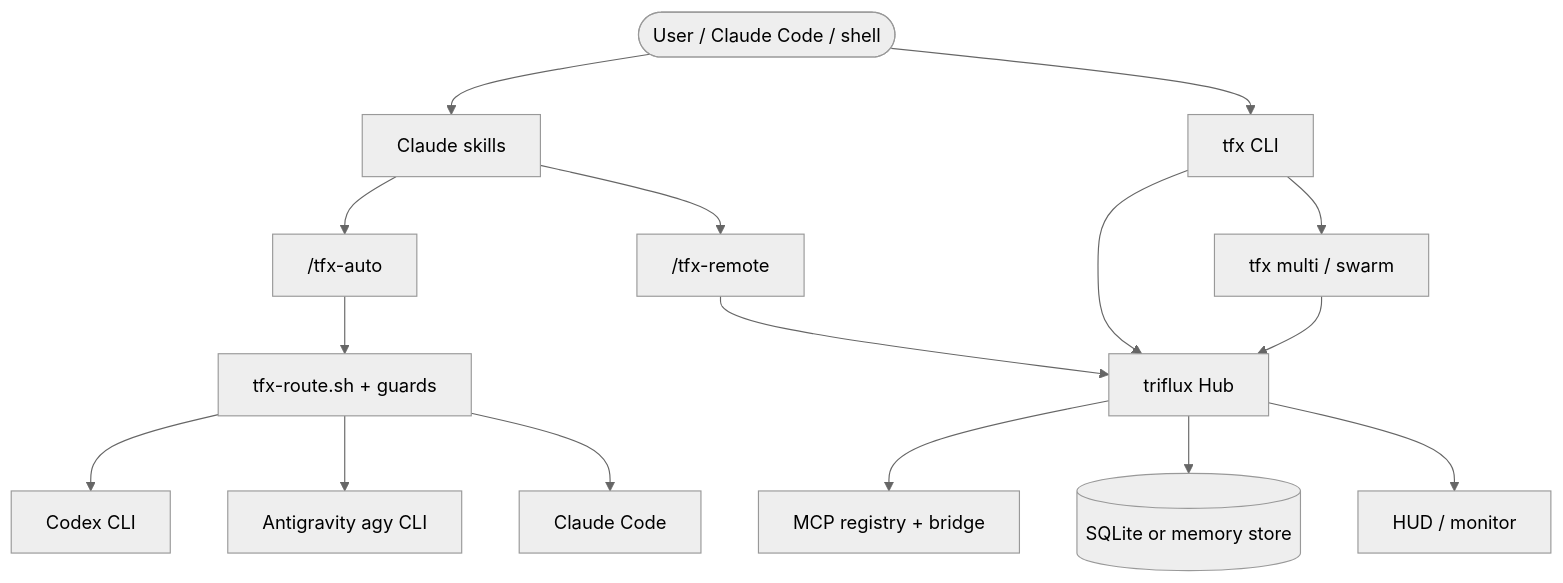
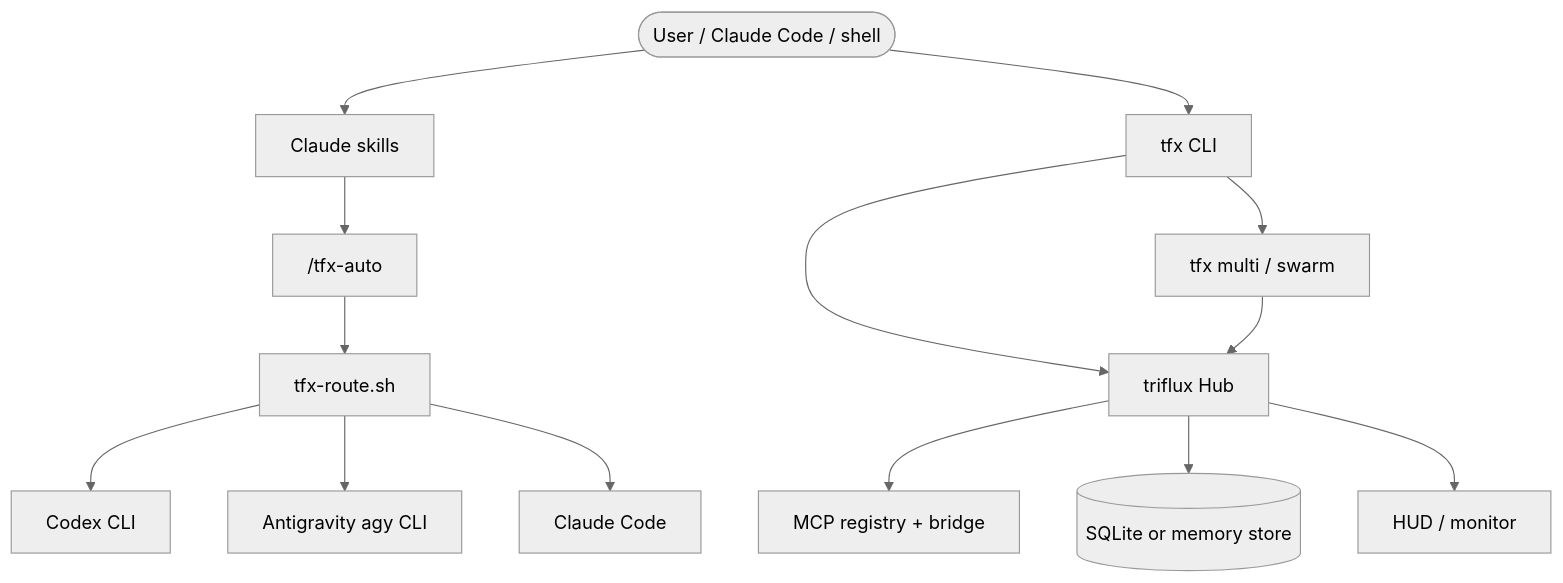
The diagram in README.ko.md (tellang/triflux), drawn with Mermaid (neutral theme) before and after one commit. The commit also changed other lines of this file and 10 other files, not shown here.

````diff
--- a/README.ko.md
+++ b/README.ko.md
@@ -260,18 +240,16 @@
 ```mermaid
 graph TD
     User([User / Claude Code / shell]) --> Skills[Claude skills]
     User --> CLI[tfx CLI]
     Skills --> Auto["/tfx-auto"]
-    Skills --> Remote["/tfx-remote"]
     CLI --> Hub[triflux Hub]
     CLI --> Team[tfx multi / swarm]
-    Auto --> Route[tfx-route.sh + guards]
+    Auto --> Route[tfx-route.sh]
     Team --> Hub
-    Remote --> Hub
     Route --> Codex[Codex CLI]
     Route --> Antigravity[Antigravity agy CLI]
     Route --> Claude[Claude Code]
     Hub --> MCP[MCP registry + bridge]
     Hub --> Store[(SQLite or memory store)]
     Hub --> Dashboard[HUD / monitor]
 ```
````
